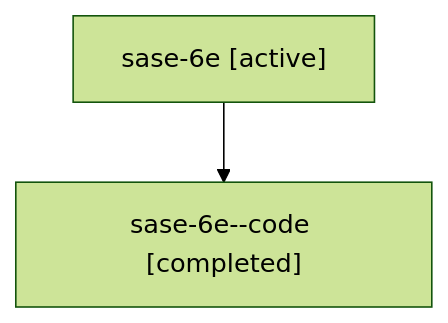
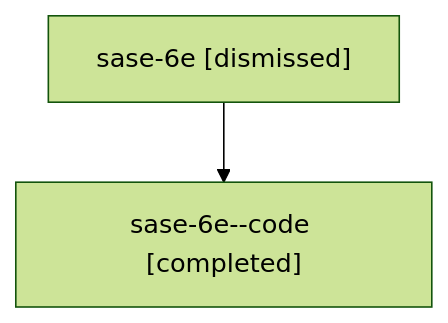
The diagram in sessions/bbugyi200.athena.sase-6e.md (sase-org/sase--agents), drawn with Mermaid (forest theme) before and after one commit. The commit also changed other lines of this file and 62 other files, not shown here.

````diff
--- a/sessions/bbugyi200.athena.sase-6e.md
+++ b/sessions/bbugyi200.athena.sase-6e.md
@@ -9,6 +9,6 @@
 ```mermaid
 flowchart TD
-  n0["sase-6e [active]"]
+  n0["sase-6e [dismissed]"]
   n1["sase-6e--code [completed]"]
   n0 --> n1
 ```
````
